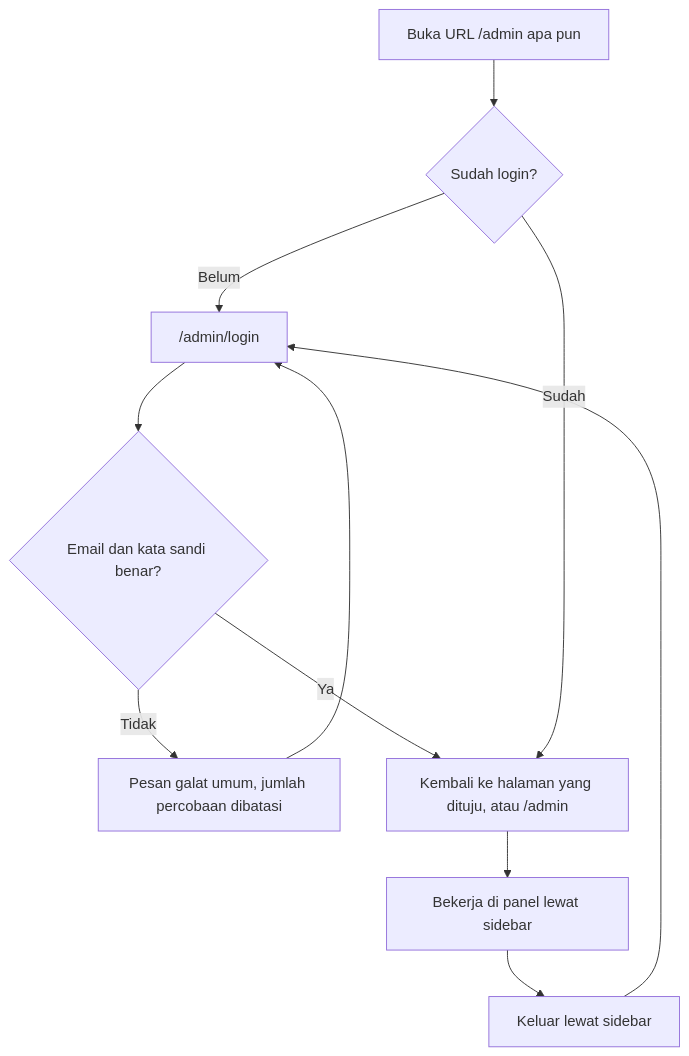
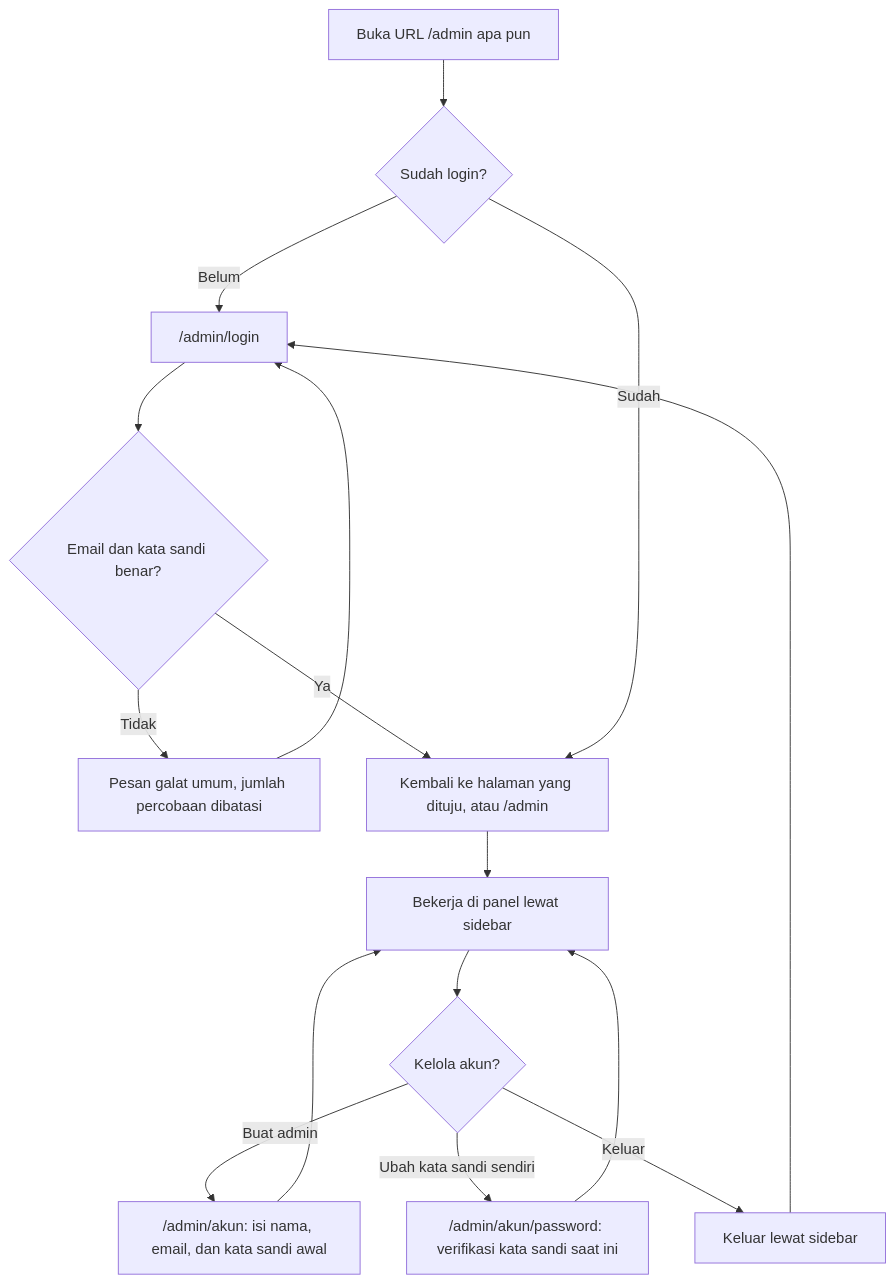
One commit to zeovarince/Papua-future-project changed the fourth of 10 diagrams in docs/USERFLOW.md. Above: the diagram before and after it, drawn with Mermaid. The commit also changed other lines of this file and 66 other files, not shown here.

````diff
--- a/docs/USERFLOW.md
+++ b/docs/USERFLOW.md
@@ -104,13 +107,18 @@
 ```mermaid
 flowchart TD
   A["Buka URL /admin apa pun"] --> B{"Sudah login?"}
   B -- "Belum" --> C["/admin/login"]
   C --> D{"Email dan kata sandi benar?"}
   D -- "Tidak" --> E["Pesan galat umum, jumlah percobaan dibatasi"]
   E --> C
   D -- "Ya" --> F["Kembali ke halaman yang dituju, atau /admin"]
   B -- "Sudah" --> F
   F --> G["Bekerja di panel lewat sidebar"]
-  G --> H["Keluar lewat sidebar"]
-  H --> C
+  G --> H{"Kelola akun?"}
+  H -- "Buat admin" --> I["/admin/akun: isi nama, email, dan kata sandi awal"]
+  I --> G
+  H -- "Ubah kata sandi sendiri" --> J["/admin/akun/password: verifikasi kata sandi saat ini"]
+  J --> G
+  H -- "Keluar" --> K["Keluar lewat sidebar"]
+  K --> C
 ```
````
